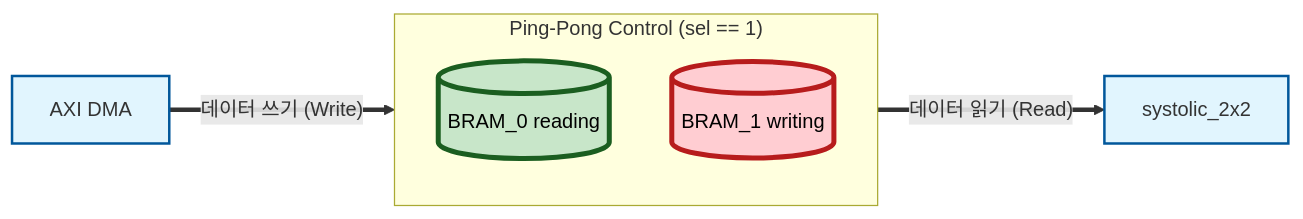
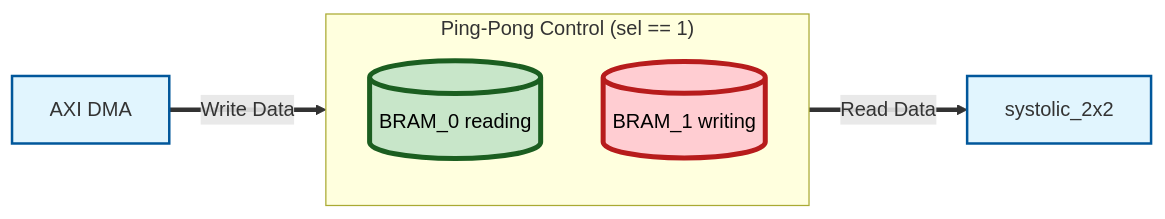
The third of 3 diagrams in Architecture/Ping-Pong_BRAM_Controller.md (hwkim-dev/NPU-FPGA-Transformer-Accelerator-KV260), drawn with Mermaid before and after one commit. The commit also changed other lines of this file and 9 other files, not shown here.

First line of the commit message:
docs: Fix markdown formatting and translate to English in Architecture folder

````diff
--- a/Architecture/Ping-Pong_BRAM_Controller.md
+++ b/Architecture/Ping-Pong_BRAM_Controller.md
@@ -120,21 +142,21 @@
 ```mermaid
 graph LR
     DMA[AXI DMA]:::input
     SYS[systolic_2x2]:::logic
-    
+
     subgraph "Ping-Pong Control (sel == 1)"
         direction TB
         B0[("BRAM_0 reading")]:::activeRead
         B1[("BRAM_1 writing")]:::activeWrite
     end
 
-    %% 흐름선
-    DMA == "데이터 쓰기 (Write)" ==> B1
-    B0 == "데이터 읽기 (Read)" ==> SYS
+    %% Flow lines
+    DMA == "Write Data" ==> B1
+    B0 == "Read Data" ==> SYS
 
-    %% 스타일 정의
+    %% Style definitions
     classDef input fill:#e1f5fe,stroke:#01579b,stroke-width:2px;
     classDef logic fill:#e1f5fe,stroke:#01579b,stroke-width:2px;
     classDef activeWrite fill:#ffcdd2,stroke:#b71c1c,color:black,stroke-width:4px;
     classDef activeRead fill:#c8e6c9,stroke:#1b5e20,color:black,stroke-width:4px;
 ```
````
